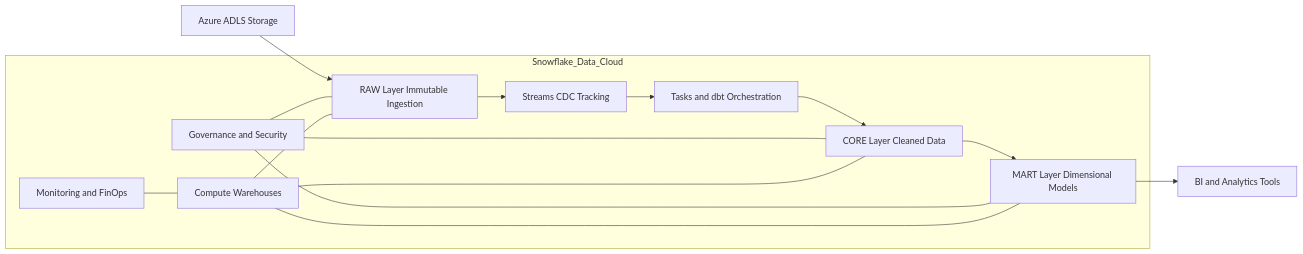
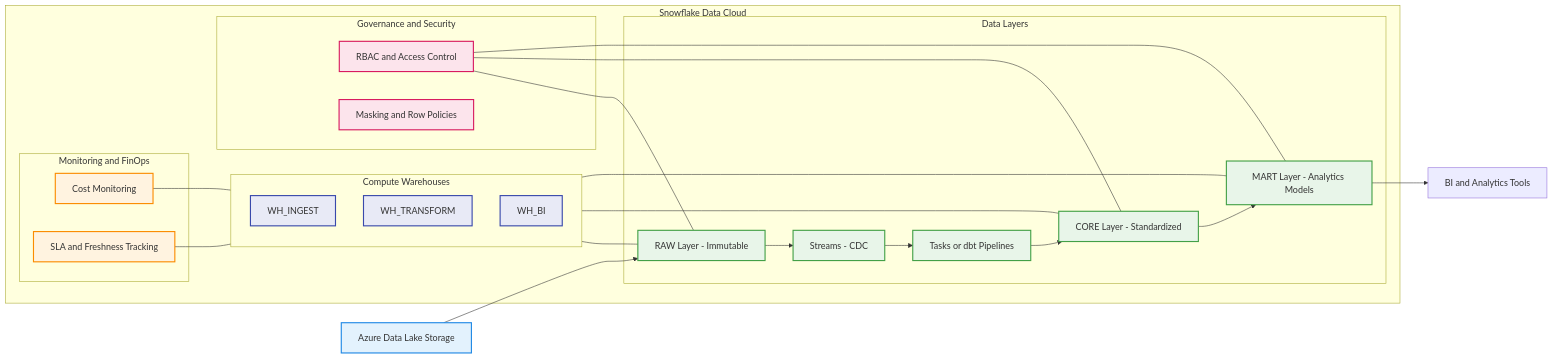
One commit to adityadaptardar/Snowflake-Movie-Platform changed the diagram in 01_architecture/platform_architecture.mmd. Above: the diagram before and after it, drawn with Mermaid.

Commit message:
Refactor platform architecture diagram for clarity

```diff
--- a/01_architecture/platform_architecture.mmd
+++ b/01_architecture/platform_architecture.mmd
@@ -1,34 +1,66 @@
 flowchart LR
 
-    ADLS[Azure ADLS Storage]
+%% ===== External =====
+ADLS[Azure Data Lake Storage]
 
-    subgraph Snowflake_Data_Cloud
+%% ===== Snowflake =====
+subgraph SF[Snowflake Data Cloud]
 
-        GOV[Governance and Security]
-        MON[Monitoring and FinOps]
-        WH[Compute Warehouses]
-
-        RAW[RAW Layer Immutable Ingestion]
-        STR[Streams CDC Tracking]
-        ORCH[Tasks and dbt Orchestration]
-        CORE[CORE Layer Cleaned Data]
-        MART[MART Layer Dimensional Models]
-
+    subgraph GOV[Governance and Security]
+        RBAC[RBAC and Access Control]
+        MASK[Masking and Row Policies]
     end
 
-    BI[BI and Analytics Tools]
+    subgraph MON[Monitoring and FinOps]
+        COST[Cost Monitoring]
+        SLA[SLA and Freshness Tracking]
+    end
 
-    ADLS --> RAW
-    RAW --> STR
-    STR --> ORCH
-    ORCH --> CORE
-    CORE --> MART
-    MART --> BI
+    subgraph WH[Compute Warehouses]
+        ING[WH_INGEST]
+        TRN[WH_TRANSFORM]
+        BIW[WH_BI]
+    end
 
-    GOV --- RAW
-    GOV --- CORE
-    GOV --- MART
-    MON --- WH
-    WH --- RAW
-    WH --- CORE
-    WH --- MART
+    subgraph DATA[Data Layers]
+        RAW[RAW Layer - Immutable]
+        STR[Streams - CDC]
+        ORCH[Tasks or dbt Pipelines]
+        CORE[CORE Layer - Standardized]
+        MART[MART Layer - Analytics Models]
+    end
+
+end
+
+BI[BI and Analytics Tools]
+
+%% ===== Flow =====
+ADLS --> RAW
+RAW --> STR
+STR --> ORCH
+ORCH --> CORE
+CORE --> MART
+MART --> BI
+
+%% ===== Supporting links =====
+RBAC --- RAW
+RBAC --- CORE
+RBAC --- MART
+COST --- WH
+SLA --- WH
+WH --- RAW
+WH --- CORE
+WH --- MART
+
+%% ===== Styling =====
+classDef external fill:#E3F2FD,stroke:#1E88E5,stroke-width:2;
+classDef layer fill:#E8F5E9,stroke:#43A047,stroke-width:2;
+classDef compute fill:#E8EAF6,stroke:#3949AB,stroke-width:2;
+classDef governance fill:#FCE4EC,stroke:#D81B60,stroke-width:2;
+classDef monitor fill:#FFF3E0,stroke:#FB8C00,stroke-width:2;
+
+class ADLS external;
+class RAW,STR,ORCH,CORE,MART layer;
+class ING,TRN,BIW compute;
+class RBAC,MASK governance;
+class COST,SLA monitor;
```
